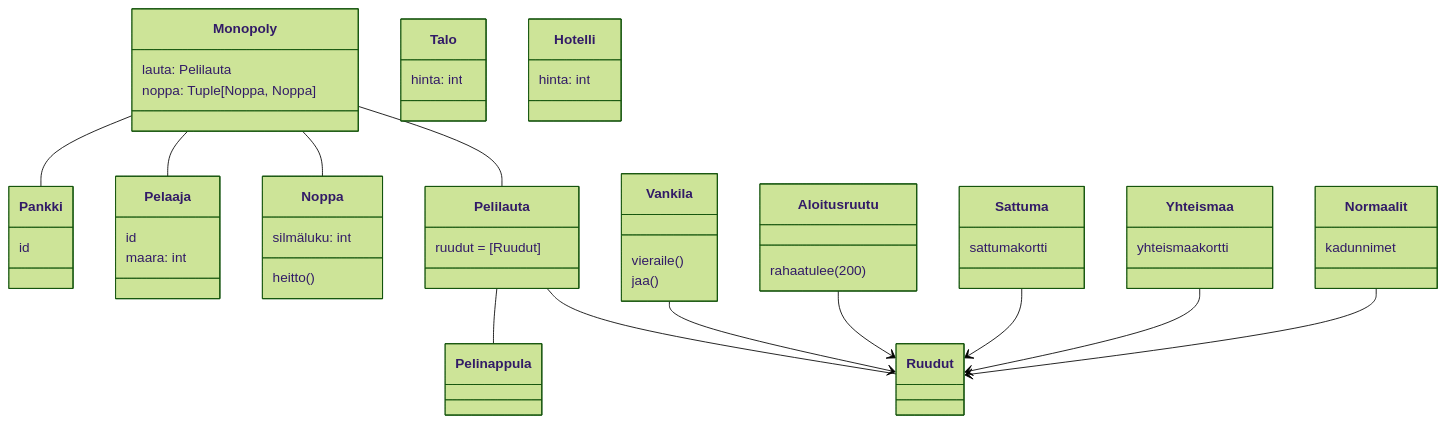
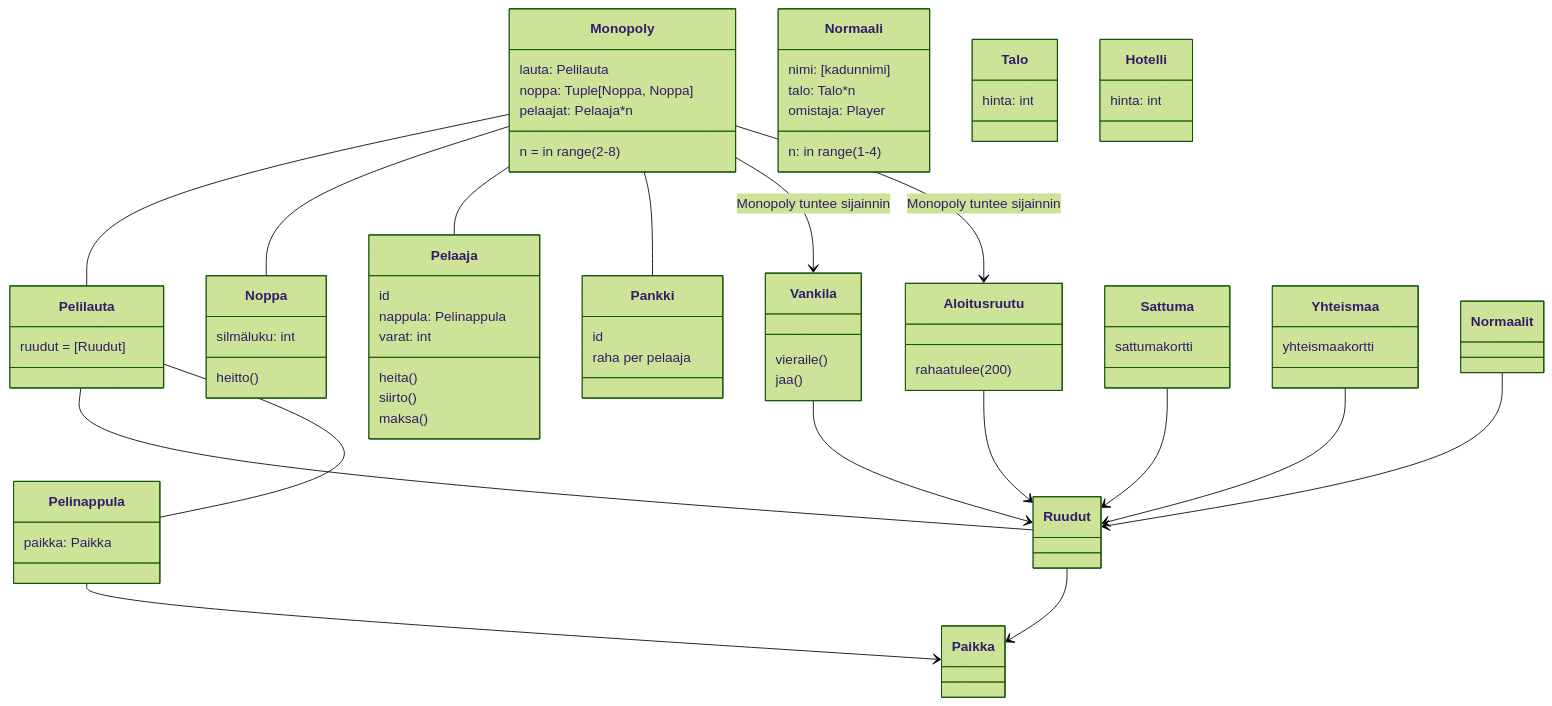
One commit to lowdodo/ohte-harjoitustyo changed the diagram in laskarit/viikko3/Monopoli_luokkakaavio.md. Above: the diagram before and after it, drawn with Mermaid (forest theme).

Commit message:
rakennettiin  mermaidia 2

````diff
--- a/laskarit/viikko3/Monopoli_luokkakaavio.md
+++ b/laskarit/viikko3/Monopoli_luokkakaavio.md
@@ -7,43 +7,61 @@
 ```mermaid
     classDiagram
 
         class Monopoly{lauta: Pelilauta
-        noppa: Tuple[Noppa, Noppa]} 
+        noppa: Tuple[Noppa, Noppa]
+        n = in range(2-8)
+        pelaajat: Pelaaja*n} 
 
         Monopoly -- Pelilauta
         Pelilauta -- Ruudut
         Monopoly -- Noppa
         Pelilauta -- Pelinappula
         Monopoly -- Pelaaja
         Monopoly -- Pankki
 
+        Monopoly --> Vankila: Monopoly tuntee sijainnin
+        Monopoly --> Aloitusruutu: Monopoly tuntee sijainnin
+
 
         class Pelilauta{ruudut = [Ruudut]}
 
         class Ruudut
 
-        class Pankki{id}
+        class Pankki{id
+        raha per pelaaja}
         
         Vankila --> Ruudut
         Aloitusruutu --> Ruudut
         Sattuma --> Ruudut
         Yhteismaa --> Ruudut
         Normaalit --> Ruudut
+        Ruudut --> Paikka
+
+
         class Vankila{vieraile()
         jaa()}
         class Aloitusruutu{rahaatulee(200)}
         class Sattuma{sattumakortti}
         class Yhteismaa{yhteismaakortti}
-        class Normaalit{kadunnimet}
-
+        class Normaali{nimi: [kadunnimi]
+        n: in range(1-4)
+        talo: Talo*n
+        omistaja: Player}
+ 
         class Noppa{silmäluku: int
         heitto()}
 
         class Pelaaja{id
-        maara: int}
+        nappula: Pelinappula
+        varat: int
+        heita()
+        siirto()
+        maksa()
+        }
 
-        class Pelinappula
+        class Pelinappula{paikka: Paikka}
+        Pelinappula --> Paikka
 
         class Talo{hinta: int}
         class Hotelli{hinta: int}
 ```
````
